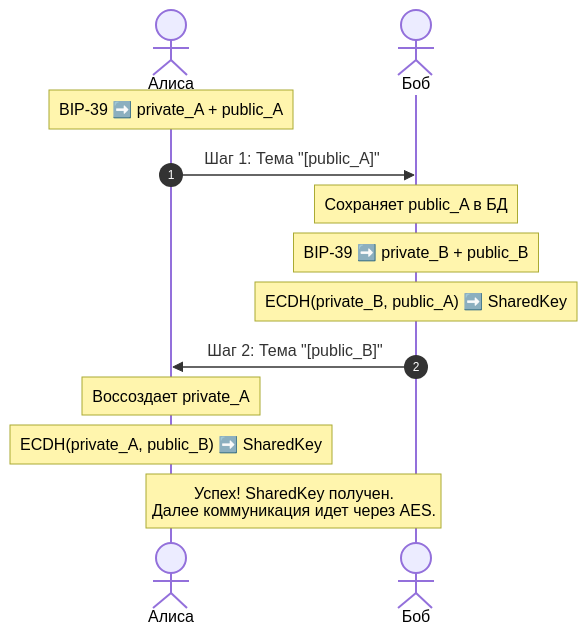
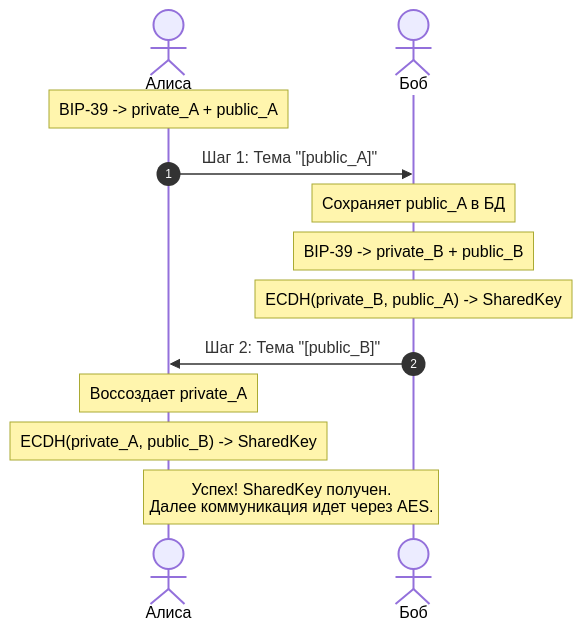
The diagram in README.md (thopm/mycelium), drawn with Mermaid before and after one commit.

````diff
--- a/README.md
+++ b/README.md
@@ -35,16 +35,16 @@
 ```mermaid
 sequenceDiagram
     autonumber
     actor A as Алиса
     actor B as Боб
 
-    Note over A: BIP-39 ➡️ private_A + public_A
+    Note over A: BIP-39 -> private_A + public_A
     A->>B: Шаг 1: Тема "[public_A]"
     Note over B: Сохраняет public_A в БД
-    Note over B: BIP-39 ➡️ private_B + public_B
-    Note over B: ECDH(private_B, public_A) ➡️ SharedKey
+    Note over B: BIP-39 -> private_B + public_B
+    Note over B: ECDH(private_B, public_A) -> SharedKey
     B->>A: Шаг 2: Тема "[public_B]"
     Note over A: Воссоздает private_A
-    Note over A: ECDH(private_A, public_B) ➡️ SharedKey
+    Note over A: ECDH(private_A, public_B) -> SharedKey
     Note over A,B: Успех! SharedKey получен.<br/>Далее коммуникация идет через AES.
 ```
````
